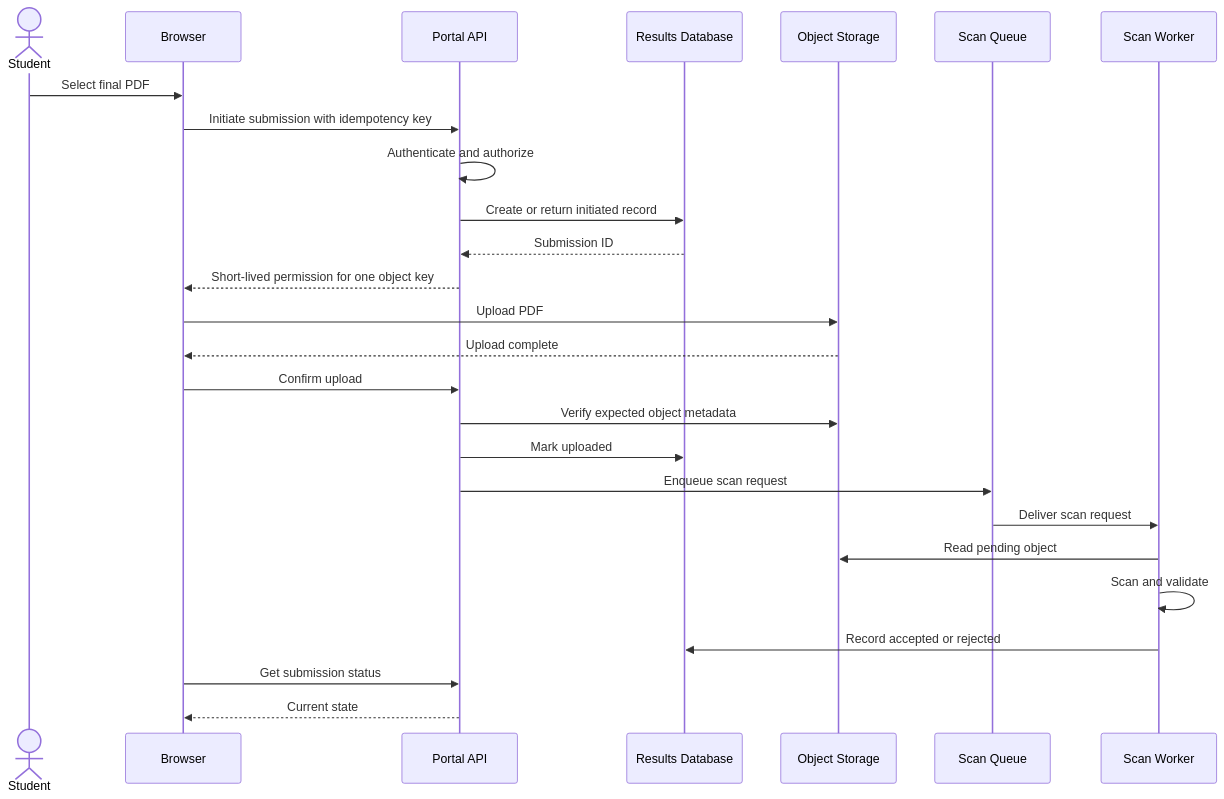
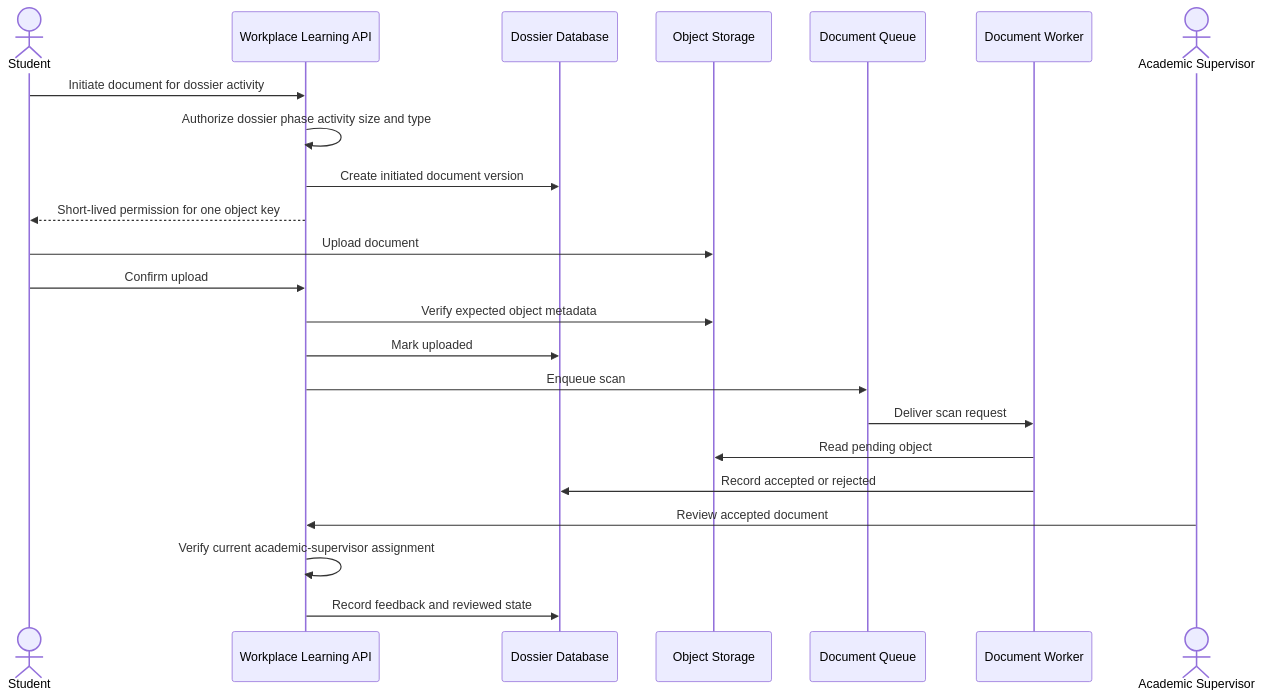
Before and after one commit to dhoubrechts/architectures_intro: the second of 2 diagrams in hands-on/solutions/03-model-an-application-flow-solution.md, drawn with Mermaid. The commit also changed other lines of this file and 43 other files, not shown here.

````diff
--- a/hands-on/solutions/03-model-an-application-flow-solution.md
+++ b/hands-on/solutions/03-model-an-application-flow-solution.md
@@ -32,28 +68,25 @@
 ```mermaid
 sequenceDiagram
     actor S as Student
-    participant B as Browser
-    participant A as Portal API
-    participant D as Results Database
+    participant A as Workplace Learning API
+    participant D as Dossier Database
     participant O as Object Storage
-    participant Q as Scan Queue
-    participant W as Scan Worker
-    S->>B: Select final PDF
-    B->>A: Initiate submission with idempotency key
-    A->>A: Authenticate and authorize
-    A->>D: Create or return initiated record
-    D-->>A: Submission ID
-    A-->>B: Short-lived permission for one object key
-    B->>O: Upload PDF
-    O-->>B: Upload complete
-    B->>A: Confirm upload
+    participant Q as Document Queue
+    participant W as Document Worker
+    actor R as Academic Supervisor
+    S->>A: Initiate document for dossier activity
+    A->>A: Authorize dossier phase activity size and type
+    A->>D: Create initiated document version
+    A-->>S: Short-lived permission for one object key
+    S->>O: Upload document
+    S->>A: Confirm upload
     A->>O: Verify expected object metadata
     A->>D: Mark uploaded
-    A->>Q: Enqueue scan request
+    A->>Q: Enqueue scan
     Q->>W: Deliver scan request
     W->>O: Read pending object
-    W->>W: Scan and validate
     W->>D: Record accepted or rejected
-    B->>A: Get submission status
-    A-->>B: Current state
+    R->>A: Review accepted document
+    A->>A: Verify current academic-supervisor assignment
+    A->>D: Record feedback and reviewed state
 ```
````
